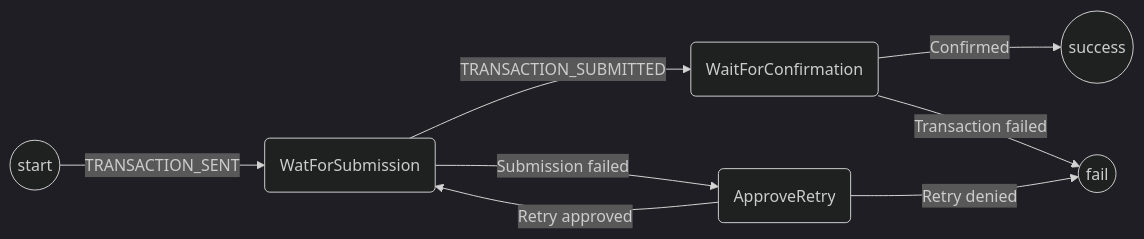
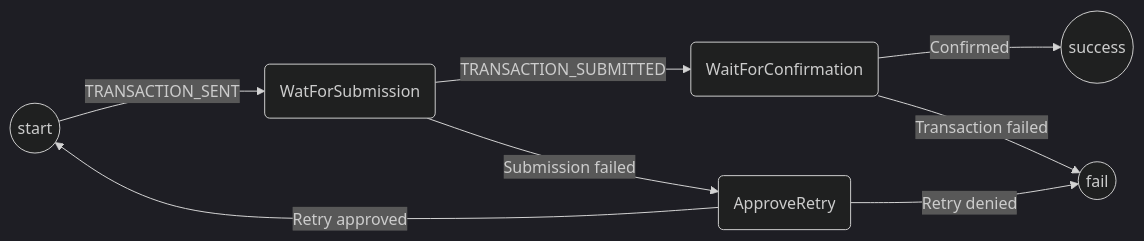
Before and after one commit to magmo/apps: the diagram in packages/wallet/src/redux/protocols/transaction-submission/readme.md, drawn with Mermaid (dark theme). The commit also changed 4 other files, not shown here.

````diff
--- a/packages/wallet/src/redux/protocols/transaction-submission/readme.md
+++ b/packages/wallet/src/redux/protocols/transaction-submission/readme.md
@@ -21,10 +21,10 @@
 ```mermaid
 graph LR
   S((start)) --> |TRANSACTION_SENT| WFS(WatForSubmission)
   WFS --> |TRANSACTION_SUBMITTED| WFC(WaitForConfirmation)
   WFS --> |Submission failed| AR(ApproveRetry)
-  AR --> |Retry approved| WFS
+  AR --> |Retry approved| S
   AR --> |Retry denied| F((fail))
   WFC --> |Confirmed| SS((success))
   WFC --> |Transaction failed| F
 ```
````
